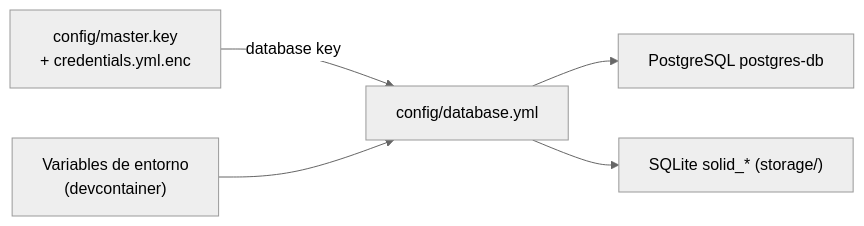
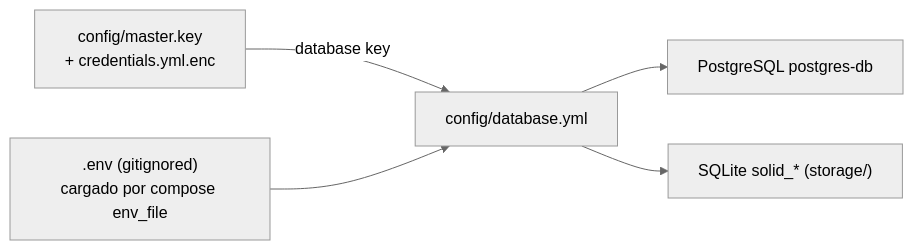
One commit to senmais/xannhael changed the first of 2 diagrams in docs/base/02-configuracion.md. Above: the diagram before and after it, drawn with Mermaid (neutral theme). The commit also changed other lines of this file and 2 other files, not shown here.

First line of the commit message:
Document the .env setup, the container volumes and the rename caveats

````diff
--- a/docs/base/02-configuracion.md
+++ b/docs/base/02-configuracion.md
@@ -7,7 +7,7 @@
 ```mermaid
 flowchart LR
     A["config/master.key<br/>+ credentials.yml.enc"] -->|"database key"| B["config/database.yml"]
-    C["Variables de entorno<br/>(devcontainer)"] --> B
+    C[".env (gitignored)<br/>cargado por compose env_file"] --> B
     B --> D["PostgreSQL postgres-db"]
     B --> E["SQLite solid_* (storage/)"]
 ```
````
